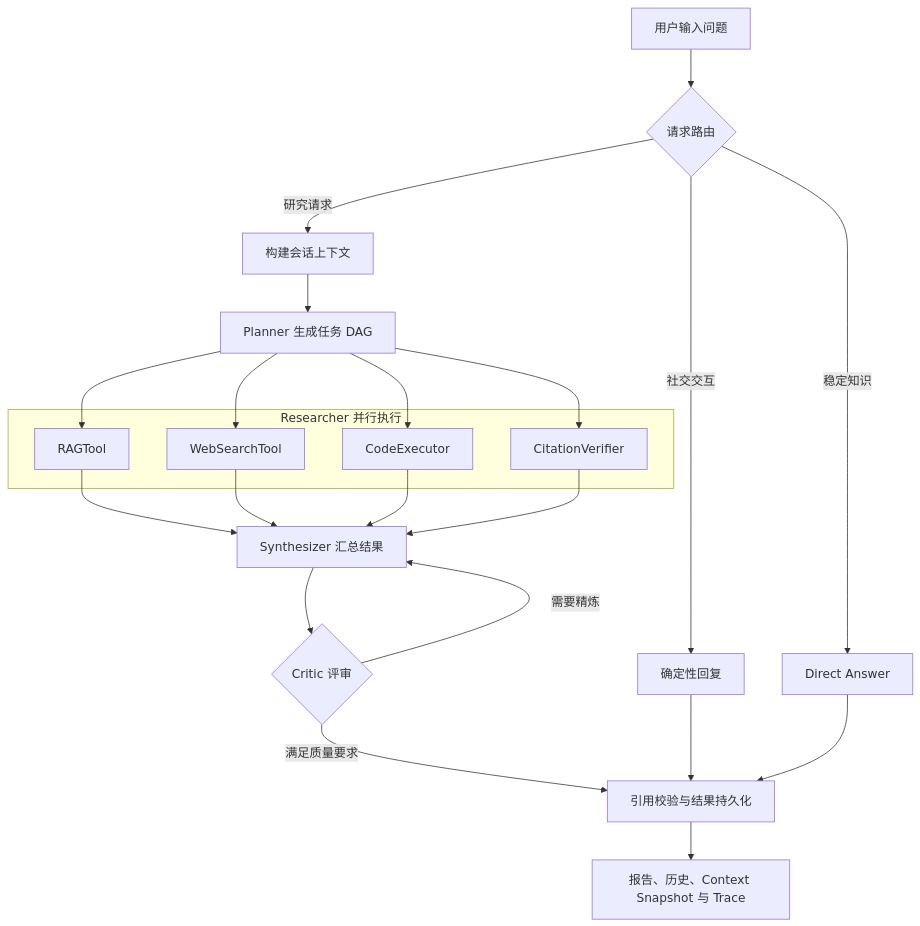
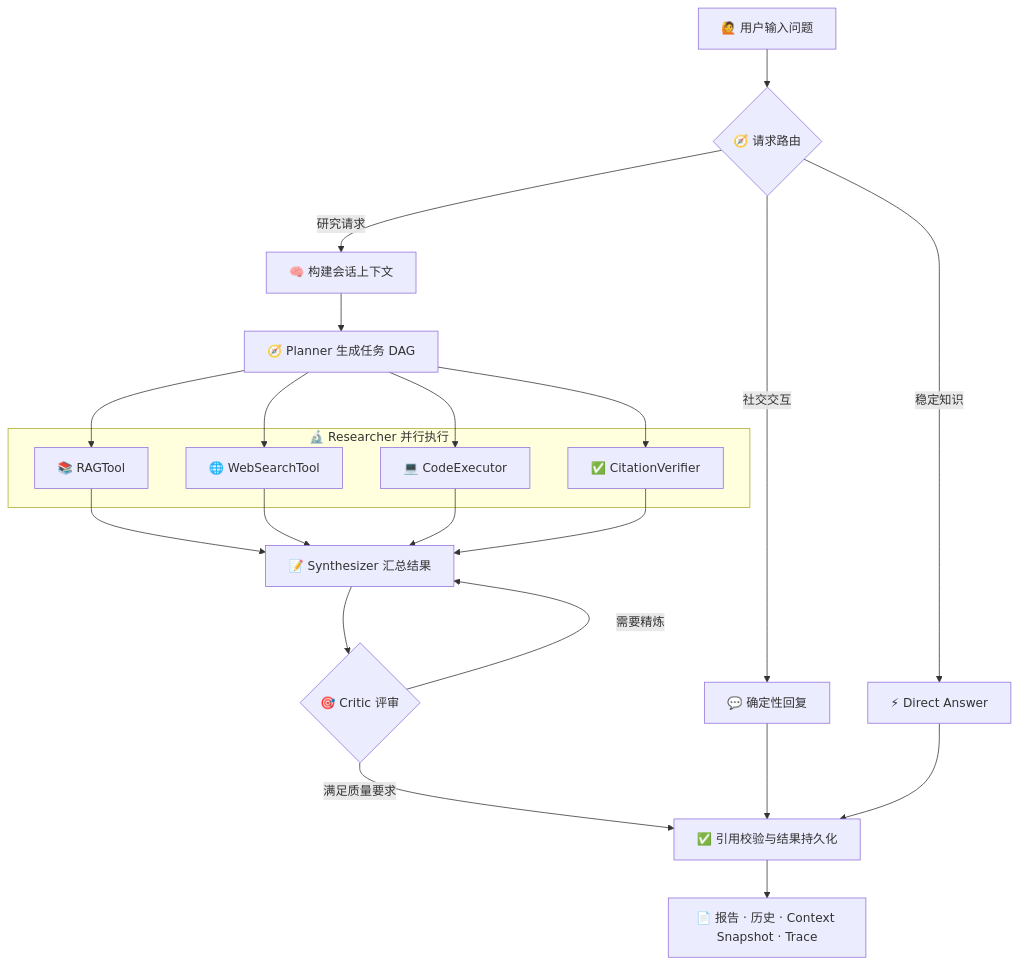
Before and after one commit to blankbrains/MindForge: the diagram in README.md, drawn with Mermaid. The commit also changed other lines of this file, not shown here.

````diff
--- a/README.md
+++ b/README.md
@@ -42,31 +42,31 @@
 ```mermaid
 flowchart TD
-    A[用户输入问题] --> B{请求路由}
-    B -->|社交交互| C[确定性回复]
-    B -->|稳定知识| D[Direct Answer]
-    B -->|研究请求| E[构建会话上下文]
-    E --> F[Planner 生成任务 DAG]
+    A[🙋 用户输入问题] --> B{🧭 请求路由}
+    B -->|社交交互| C[💬 确定性回复]
+    B -->|稳定知识| D[⚡ Direct Answer]
+    B -->|研究请求| E[🧠 构建会话上下文]
+    E --> F[🧭 Planner 生成任务 DAG]
 
-    subgraph G[Researcher 并行执行]
-        G1[RAGTool]
-        G2[WebSearchTool]
-        G3[CodeExecutor]
-        G4[CitationVerifier]
+    subgraph G[🔬 Researcher 并行执行]
+        G1[📚 RAGTool]
+        G2[🌐 WebSearchTool]
+        G3[💻 CodeExecutor]
+        G4[✅ CitationVerifier]
     end
 
     F --> G1
     F --> G2
     F --> G3
     F --> G4
-    G1 --> H[Synthesizer 汇总结果]
+    G1 --> H[📝 Synthesizer 汇总结果]
     G2 --> H
     G3 --> H
     G4 --> H
 
-    H --> I{Critic 评审}
-    I -->|满足质量要求| J[引用校验与结果持久化]
+    H --> I{🎯 Critic 评审}
+    I -->|满足质量要求| J[✅ 引用校验与结果持久化]
     I -->|需要精炼| H
     C --> J
     D --> J
-    J --> K[报告、历史、Context Snapshot 与 Trace]
+    J --> K[📄 报告 · 历史 · Context Snapshot · Trace]
 ```
````
